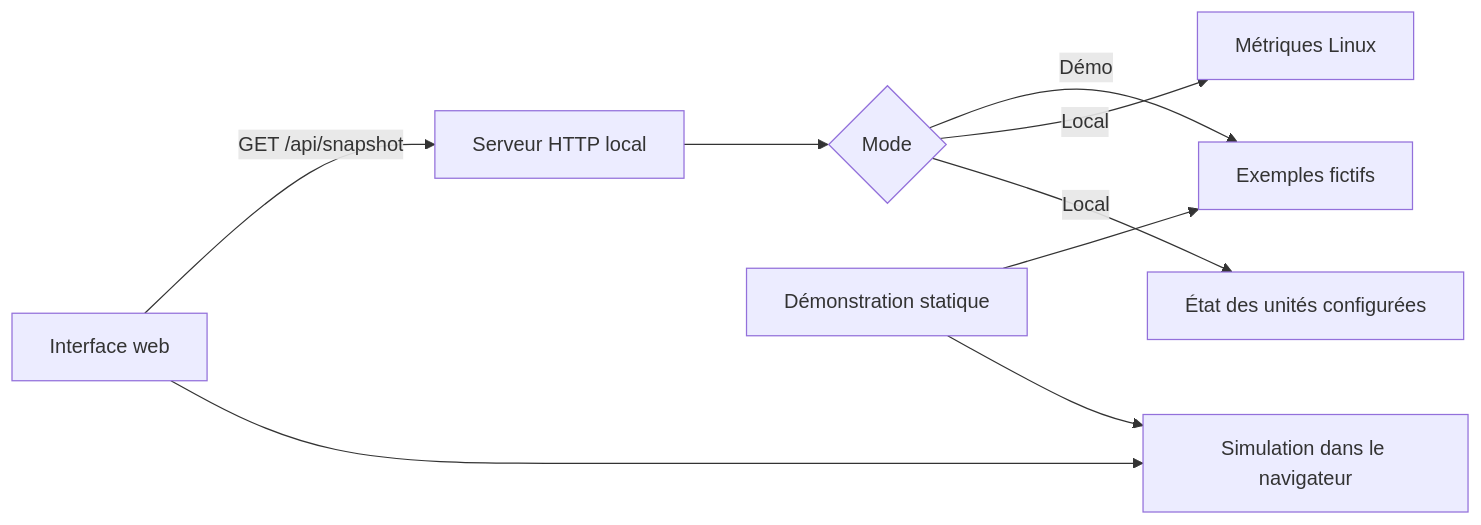
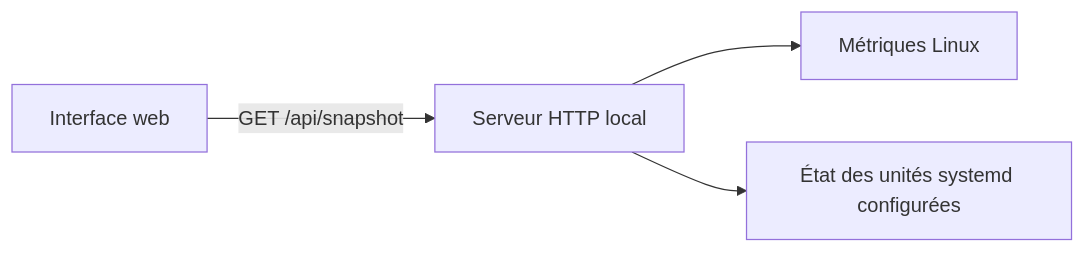
One commit to Purvanas/console changed the diagram in README.md. Above: the diagram before and after it, drawn with Mermaid. The commit also changed other lines of this file and 15 other files, not shown here.

````diff
--- a/README.md
+++ b/README.md
@@ -69,11 +49,6 @@
 ```mermaid
 flowchart LR
     UI["Interface web"] -->|"GET /api/snapshot"| HTTP["Serveur HTTP local"]
-    HTTP --> MODE{"Mode"}
-    MODE -->|"Démo"| DEMO["Exemples fictifs"]
-    MODE -->|"Local"| OS["Métriques Linux"]
-    MODE -->|"Local"| SERVICE["État des unités configurées"]
-    UI --> SIM["Simulation dans le navigateur"]
-    STATIC["Démonstration statique"] --> DEMO
-    STATIC --> SIM
+    HTTP --> OS["Métriques Linux"]
+    HTTP --> SERVICE["État des unités systemd configurées"]
 ```
````
